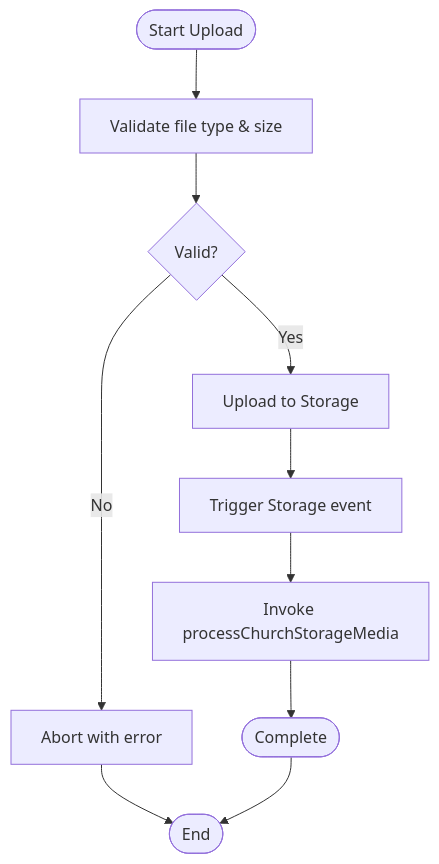
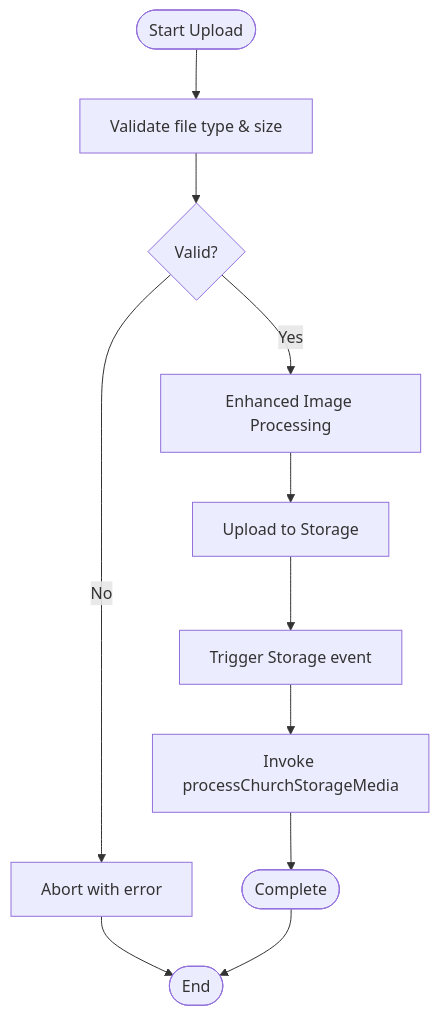
Before and after one commit to raihom-netizen/com.gestaoyahwehios.app: the third of 15 diagrams in .qoder/repowiki/en/content/Media Management/Media Management.md, drawn with Mermaid. The commit also changed other lines of this file and 504 other files, not shown here.

````diff
--- a/.qoder/repowiki/en/content/Media Management/Media Management.md
+++ b/.qoder/repowiki/en/content/Media Management/Media Management.md
@@ -146,12 +172,13 @@
 ```mermaid
 flowchart TD
 Start(["Start Upload"]) --> Validate["Validate file type & size"]
 Validate --> Valid{"Valid?"}
 Valid --> |No| Abort["Abort with error"]
-Valid --> |Yes| Upload["Upload to Storage"]
+Valid --> |Yes| PreProcess["Enhanced Image Processing"]
+PreProcess --> Upload["Upload to Storage"]
 Upload --> Event["Trigger Storage event"]
 Event --> Process["Invoke processChurchStorageMedia"]
 Process --> Done(["Complete"])
 Abort --> End(["End"])
 Done --> End
 ```
````
